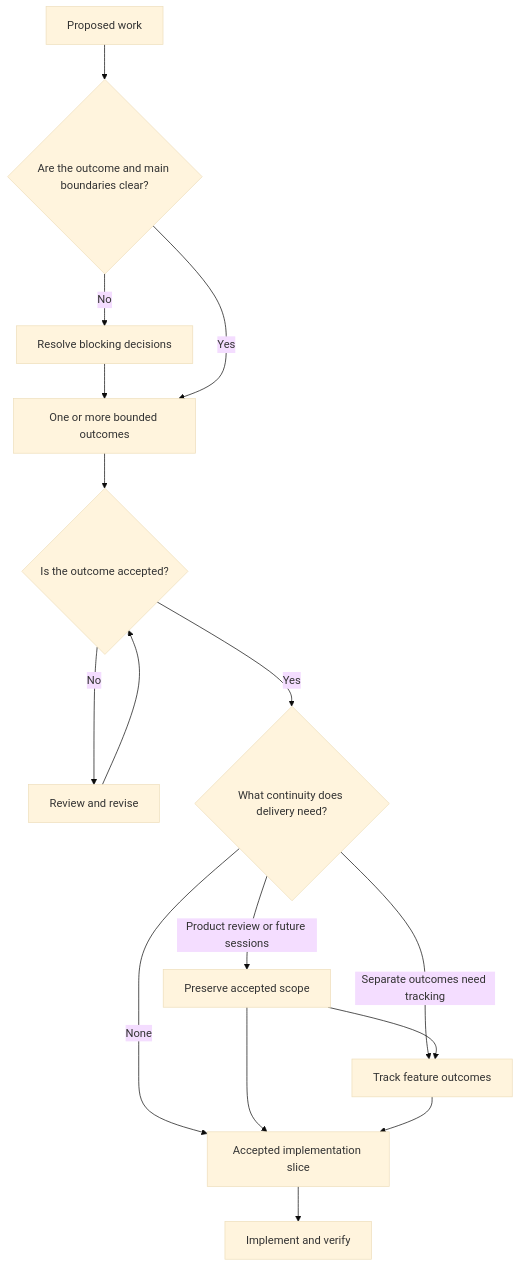
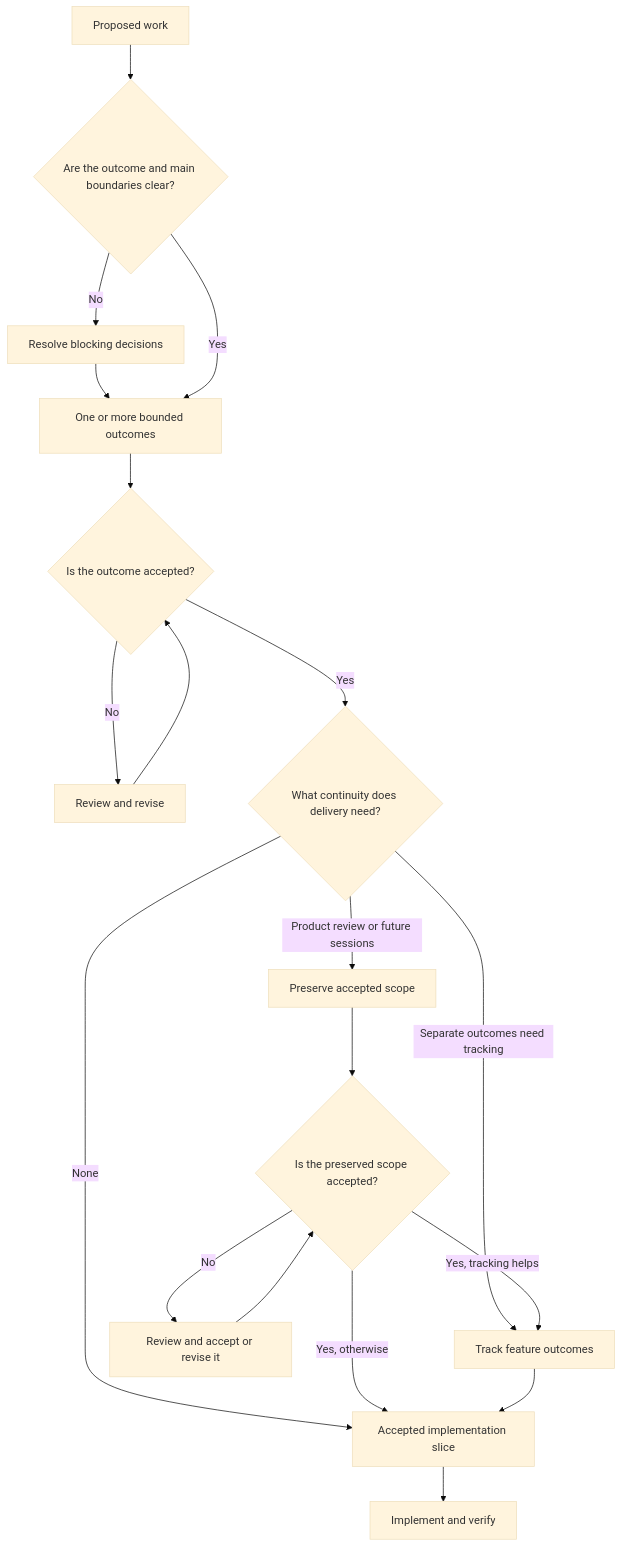
Before and after one commit to synorastudio/eng-playbook: the diagram in README.md, drawn with Mermaid (base theme). The commit also changed 1 other file, not shown here.

Commit message:
Gate Spec routes on acceptance

````diff
--- a/README.md
+++ b/README.md
@@ -32,18 +32,21 @@
 ```mermaid
 flowchart TD
     proposed[Proposed work] --> clear{Are the outcome and main boundaries clear?}
     clear -->|No| resolve[Resolve blocking decisions]
     resolve --> bounded[One or more bounded outcomes]
     clear -->|Yes| bounded
     bounded --> accepted{Is the outcome accepted?}
     accepted -->|No| review[Review and revise]
     review --> accepted
     accepted -->|Yes| continuity{What continuity does delivery need?}
     continuity -->|Product review or future sessions| preserve[Preserve accepted scope]
     continuity -->|Separate outcomes need tracking| track[Track feature outcomes]
     continuity -->|None| slice[Accepted implementation slice]
-    preserve --> track
-    preserve --> slice
+    preserve --> preservedAccepted{Is the preserved scope accepted?}
+    preservedAccepted -->|No| preserveReview[Review and accept or revise it]
+    preserveReview --> preservedAccepted
+    preservedAccepted -->|Yes, tracking helps| track
+    preservedAccepted -->|Yes, otherwise| slice
     track --> slice
     slice --> implement[Implement and verify]
 ```
````
